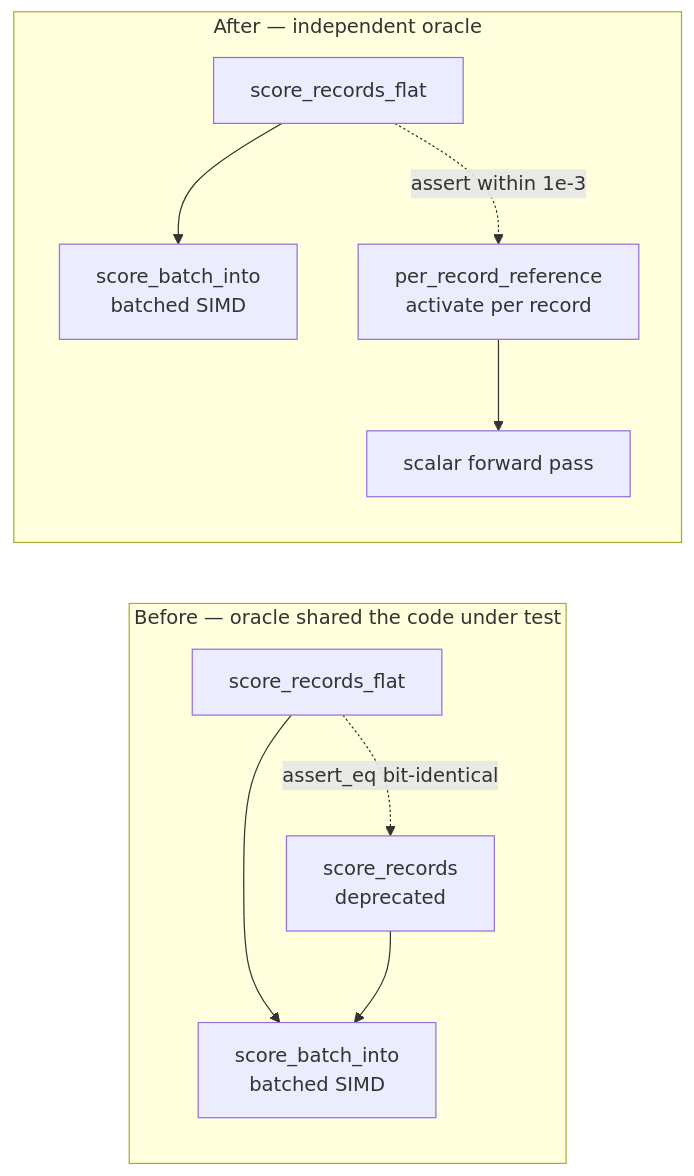
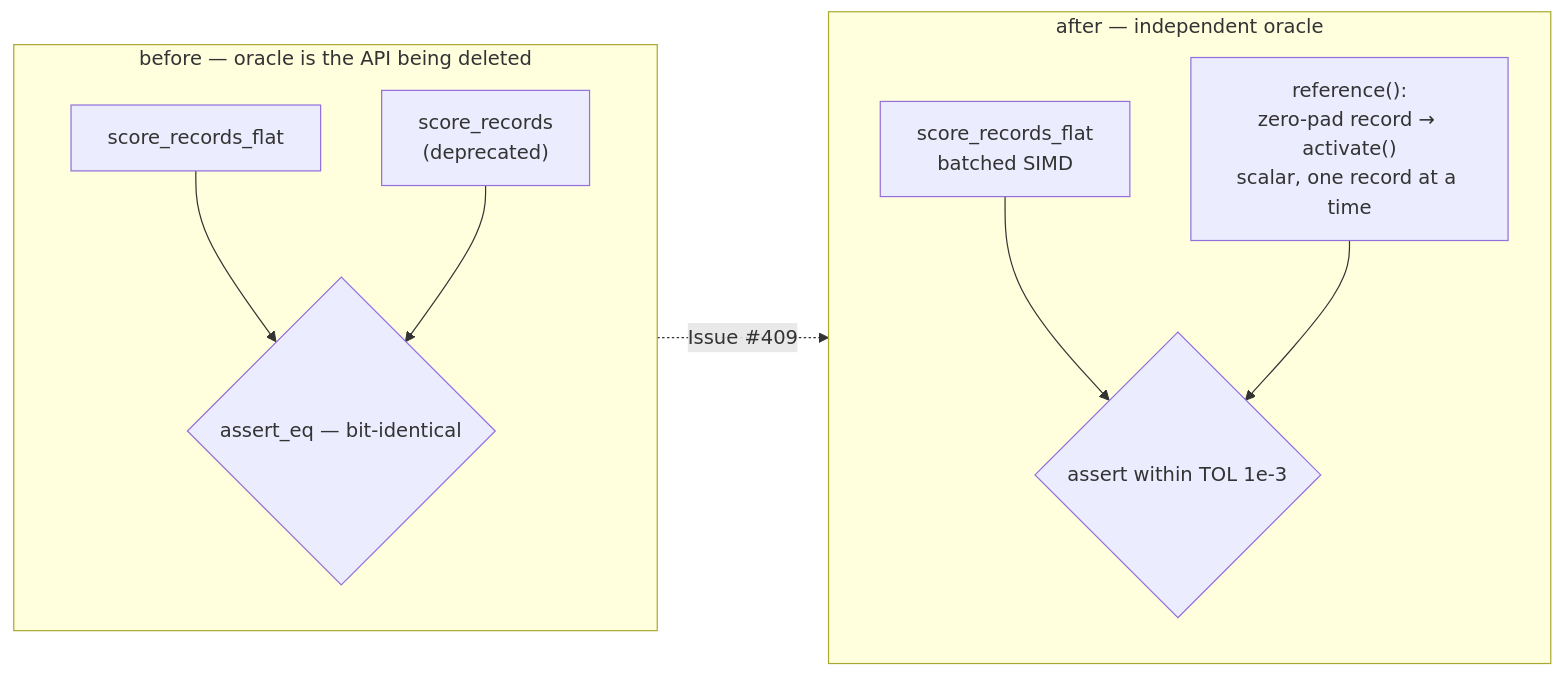
One commit to stSoftwareAU/NEAT-AI-core changed the diagram in docs/archive/pr-summaries/pr-summary-409.md. Above: the diagram before and after it, drawn with Mermaid. The commit also changed other lines of this file, not shown here.

First line of the commit message:
docs: add PR summary for the per-record scoring wrapper removal (Issue #409)

````diff
--- a/docs/archive/pr-summaries/pr-summary-409.md
+++ b/docs/archive/pr-summaries/pr-summary-409.md
@@ -38,13 +60,12 @@
 ```mermaid
 flowchart LR
-    subgraph before["Before — oracle shared the code under test"]
-        F1["score_records_flat"] --> K1["score_batch_into<br/>batched SIMD"]
-        P1["score_records<br/>deprecated"] --> K1
-        F1 -.->|assert_eq bit-identical| P1
+    subgraph Before["before — oracle is the API being deleted"]
+        A1["score_records_flat"] --> C1{"assert_eq — bit-identical"}
+        B1["score_records<br/>(deprecated)"] --> C1
     end
-    subgraph after["After — independent oracle"]
-        F2["score_records_flat"] --> K2["score_batch_into<br/>batched SIMD"]
-        R2["per_record_reference<br/>activate per record"] --> S2["scalar forward pass"]
-        F2 -.->|"assert within 1e-3"| R2
+    subgraph After["after — independent oracle"]
+        A2["score_records_flat<br/>batched SIMD"] --> C2{"assert within TOL 1e-3"}
+        B2["reference():<br/>zero-pad record → activate()<br/>scalar, one record at a time"] --> C2
     end
+    Before -.->|"Issue #409"| After
 ```
````
